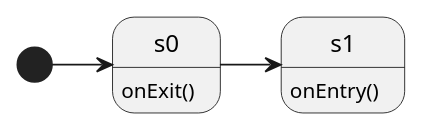
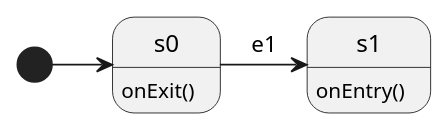
Before and after one commit to jfayot/dynamic-state-machine: the diagram in resources/entry_exit_actions.puml, drawn with PlantUML. The commit also changed 6 other files, not shown here.

```diff
--- a/resources/entry_exit_actions.puml
+++ b/resources/entry_exit_actions.puml
@@ -1,7 +1,7 @@
 @startuml
 hide empty description
 [*] -right-> s0
-s0 -right-> s1
+s0 -right-> s1 : e1
 s0: onExit()
 s1: onEntry()
 @enduml
```
